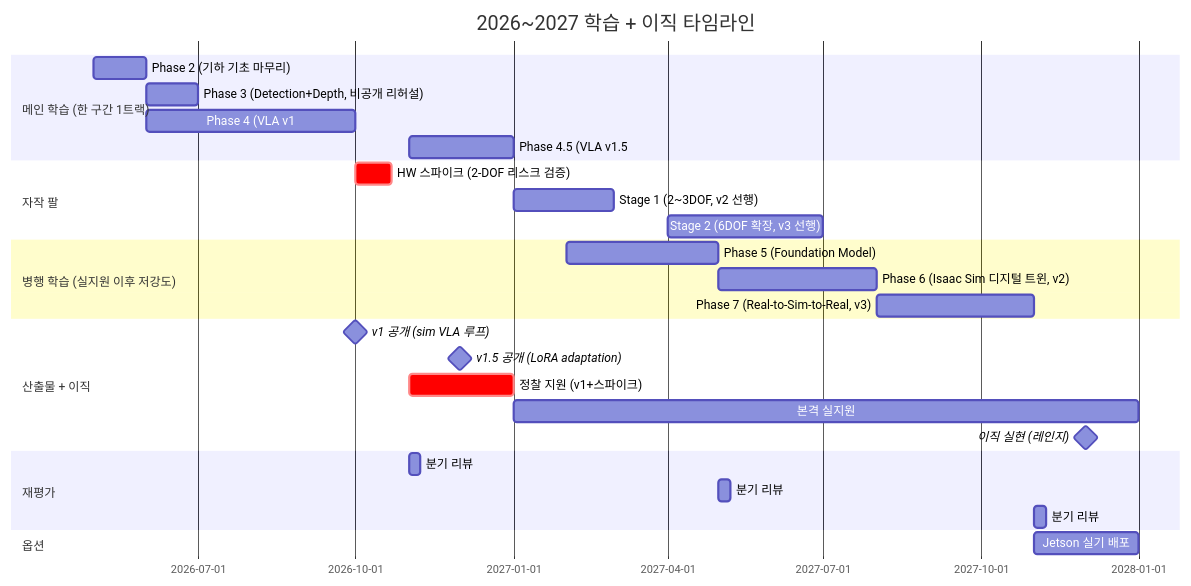
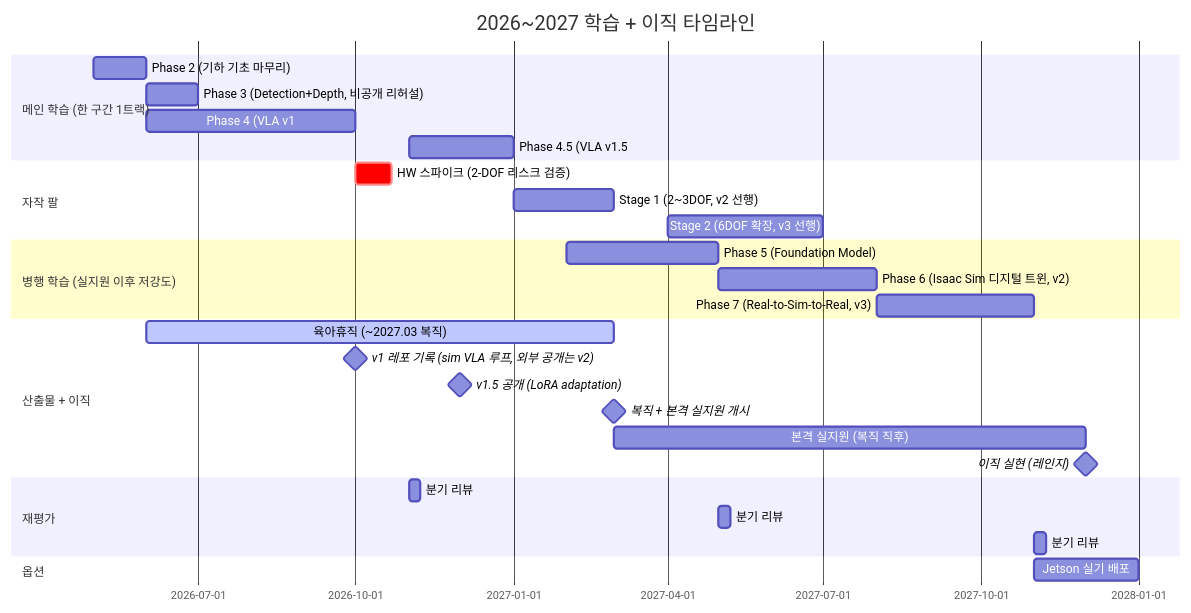
One commit to tylee-yeonge/physical-ai-study changed the diagram in README.md. Above: the diagram before and after it, drawn with Mermaid. The commit also changed other lines of this file and 11 other files, not shown here.

First line of the commit message:
docs(roadmap): narrow VLA v1 to repo record, defer publishing and recon

````diff
--- a/README.md
+++ b/README.md
@@ -49,30 +49,31 @@
 ```mermaid
 gantt
     title 2026~2027 학습 + 이직 타임라인
     dateFormat YYYY-MM
     section 메인 학습 (한 구간 1트랙)
     Phase 2 (기하 기초 마무리) :a1, 2026-05, 1M
     Phase 3 (Detection+Depth, 비공개 리허설) :a2, 2026-06, 1M
     Phase 4 (VLA v1: zero-shot 추론 + ROS2) :a3, 2026-06, 4M
     Phase 4.5 (VLA v1.5: LoRA adaptation) :a35, 2026-11, 2M
     section 자작 팔
     HW 스파이크 (2-DOF 리스크 검증) :crit, h0, 2026-10, 3w
     Stage 1 (2~3DOF, v2 선행) :h1, 2027-01, 2M
     Stage 2 (6DOF 확장, v3 선행) :h2, 2027-04, 3M
     section 병행 학습 (실지원 이후 저강도)
     Phase 5 (Foundation Model) :a4, 2027-02, 3M
     Phase 6 (Isaac Sim 디지털 트윈, v2) :a5, 2027-05, 3M
     Phase 7 (Real-to-Sim-to-Real, v3) :a6, 2027-08, 3M
     section 산출물 + 이직
-    v1 공개 (sim VLA 루프) :milestone, d1, 2026-10, 0d
+    육아휴직 (~2027.03 복직) :active, leave, 2026-06, 9M
+    v1 레포 기록 (sim VLA 루프, 외부 공개는 v2) :milestone, d1, 2026-10, 0d
     v1.5 공개 (LoRA adaptation) :milestone, d15, 2026-12, 0d
-    정찰 지원 (v1+스파이크) :crit, sig, 2026-11, 2M
-    본격 실지원 :b2, 2027-01, 12M
+    복직 + 본격 실지원 개시 :milestone, d3, 2027-03, 0d
+    본격 실지원 (복직 직후) :b2, 2027-03, 9M
     이직 실현 (레인지) :milestone, d2, 2027-12, 0d
     section 재평가
     분기 리뷰 :rev1, 2026-11, 1w
     분기 리뷰 :rev2, 2027-05, 1w
     분기 리뷰 :rev3, 2027-11, 1w
     section 옵션
     Jetson 실기 배포 :opt, 2027-11, 2M
 ```
````
